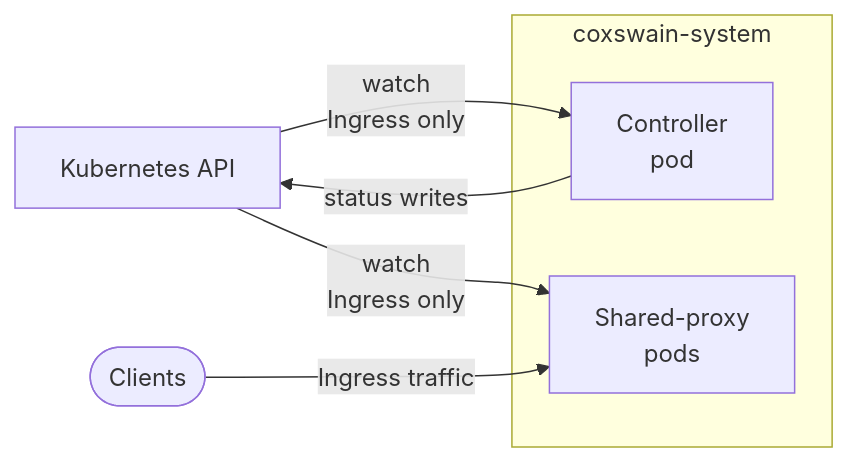
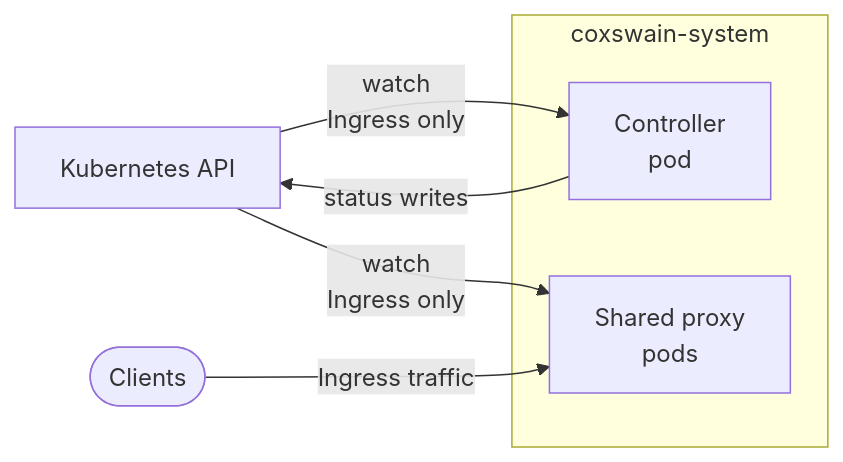
Before and after one commit to coxswain-labs/coxswain: the fifth of 6 diagrams in docs/src/architecture.md, drawn with Mermaid. The commit also changed other lines of this file and 5 other files, not shown here.

First line of the commit message:
docs(architecture): deployment-models guide + dedicated-mode walkthrough

````diff
--- a/docs/src/architecture.md
+++ b/docs/src/architecture.md
@@ -138,15 +148,15 @@
 ```mermaid
 flowchart LR
     K8s[Kubernetes API]
 
     subgraph cs[coxswain-system]
         C[Controller\npod]
-        SP[Shared-proxy\npods]
+        SP[Shared proxy\npods]
     end
 
     K8s -->|watch\nIngress only| C
     C -->|status writes| K8s
     K8s -->|watch\nIngress only| SP
 
     Clients([Clients]) -->|Ingress traffic| SP
 ```
````
